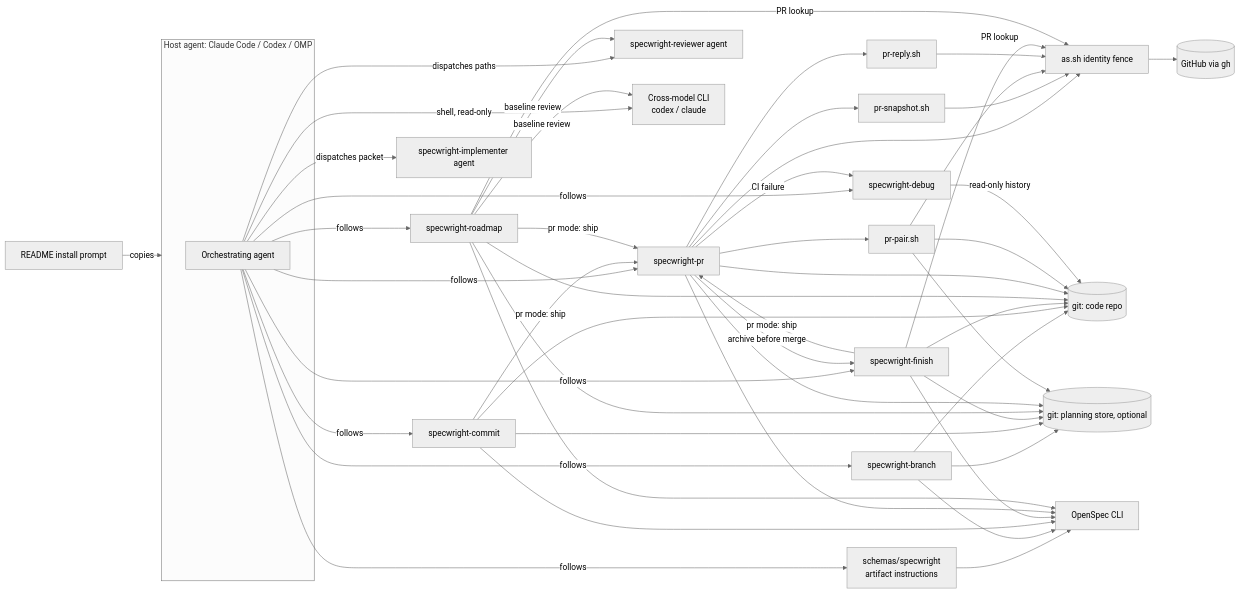
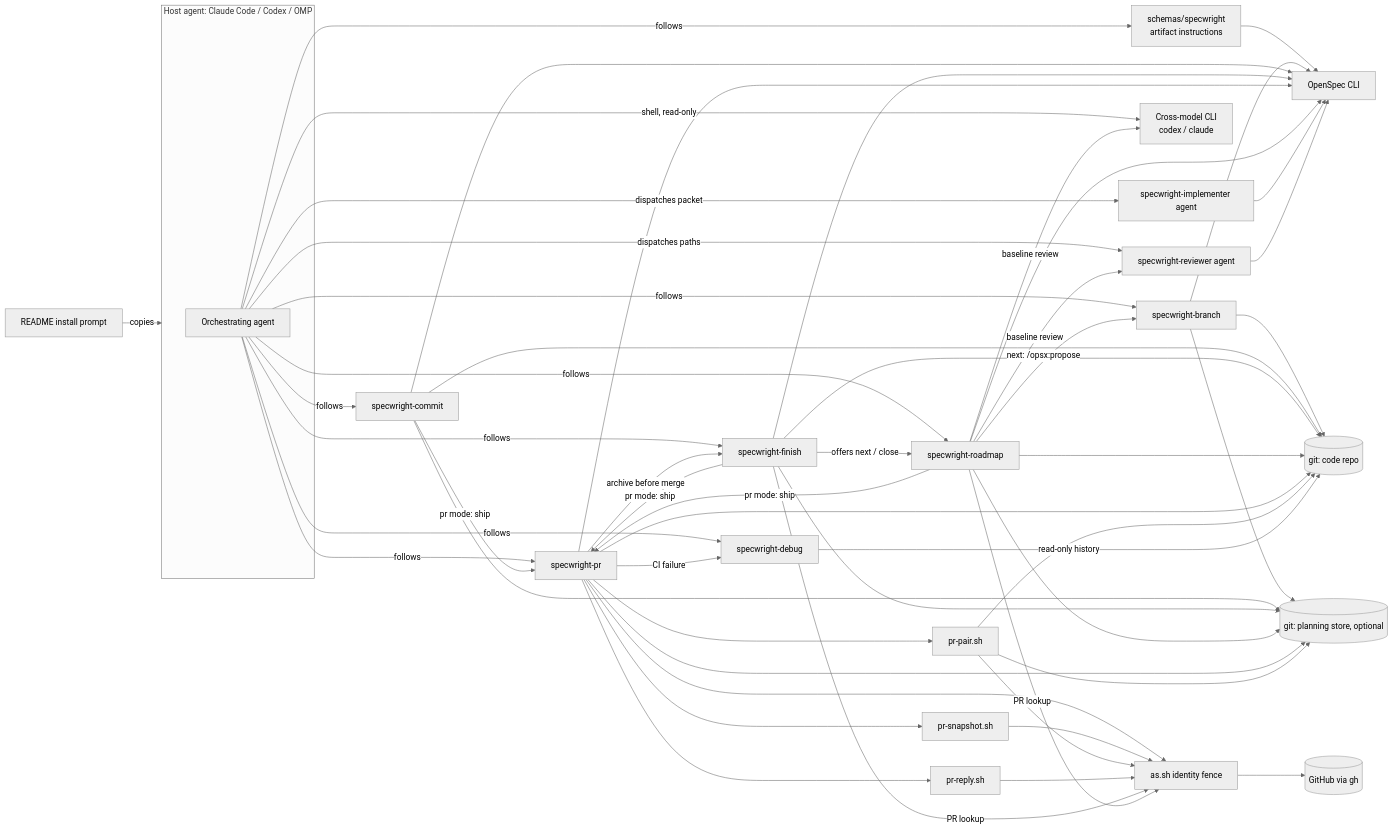
The diagram in openspec/architecture.md (sh1ny/Specwright), drawn with Mermaid (neutral theme) before and after one commit. The commit also changed other lines of this file and 3 other files, not shown here.

````diff
--- a/openspec/architecture.md
+++ b/openspec/architecture.md
@@ -16,31 +16,33 @@
 ```mermaid
 flowchart LR
   subgraph Host["Host agent: Claude Code / Codex / OMP"]
     O[Orchestrating agent]
   end
   O -->|follows| SCH[schemas/specwright<br/>artifact instructions]
   O -->|follows| BR[specwright-branch]
   O -->|follows| CM[specwright-commit]
   O -->|follows| FI[specwright-finish]
   O -->|follows| PRS[specwright-pr]
   O -->|follows| RM[specwright-roadmap]
   O -->|follows| DBG[specwright-debug]
   O -->|dispatches packet| IMP[specwright-implementer agent]
   O -->|dispatches paths| REV[specwright-reviewer agent]
   O -->|shell, read-only| XM[Cross-model CLI<br/>codex / claude]
   CM & FI & RM -->|pr mode: ship| PRS
   PRS -->|archive before merge| FI
   PRS -->|CI failure| DBG
   RM -->|baseline review| XM & REV
   PRS --> SNAP[pr-snapshot.sh]
   PRS --> PAIR[pr-pair.sh]
   PRS --> REPLY[pr-reply.sh]
   PRS & SNAP & PAIR & REPLY --> AS[as.sh identity fence]
   FI & RM -->|PR lookup| AS
   AS --> GH[(GitHub via gh)]
   BR & CM & FI & RM & PRS & PAIR --> GIT[(git: code repo)]
   BR & CM & FI & RM & PRS & PAIR --> STORE[(git: planning store, optional)]
   DBG -->|read-only history| GIT
-  SCH & BR & CM & FI & PRS & RM --> OS[OpenSpec CLI]
+  SCH & BR & CM & FI & PRS & RM & IMP & REV --> OS[OpenSpec CLI]
+  FI -->|offers next / close| RM
+  RM -->|next: /opsx:propose| BR
   INST[README install prompt] -->|copies| Host
 ```
````
